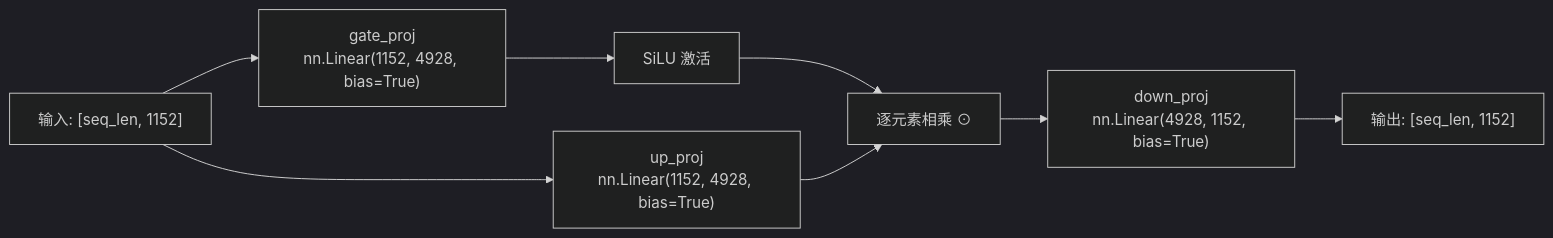
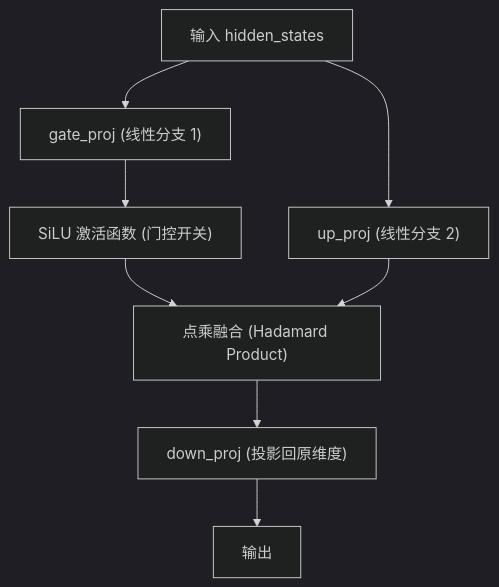
Before and after one commit to pokemonAndCodeMaster/llm_knowledge_base: the diagram in wiki/concepts/swiglu_门控激活函数.md, drawn with Mermaid (dark theme). The commit also changed other lines of this file and 26 other files, not shown here.

````diff
--- a/wiki/concepts/swiglu_门控激活函数.md
+++ b/wiki/concepts/swiglu_门控激活函数.md
@@ -102,10 +19,10 @@
 ```mermaid
-graph LR
-    X["输入: [seq_len, 1152]"] --> G["gate_proj\nnn.Linear(1152, 4928, bias=True)"]
-    X --> U["up_proj\nnn.Linear(1152, 4928, bias=True)"]
-    G --> S["SiLU 激活"]
-    S --> M["逐元素相乘 ⊙"]
-    U --> M
-    M --> D["down_proj\nnn.Linear(4928, 1152, bias=True)"]
-    D --> Y["输出: [seq_len, 1152]"]
+graph TD
+    A["输入 hidden_states"] --> B["gate_proj (线性分支 1)"]
+    A --> C["up_proj (线性分支 2)"]
+    B --> D["SiLU 激活函数 (门控开关)"]
+    D --> E["点乘融合 (Hadamard Product)"]
+    C --> E
+    E --> F["down_proj (投影回原维度)"]
+    F --> G["输出"]
 ```
````
